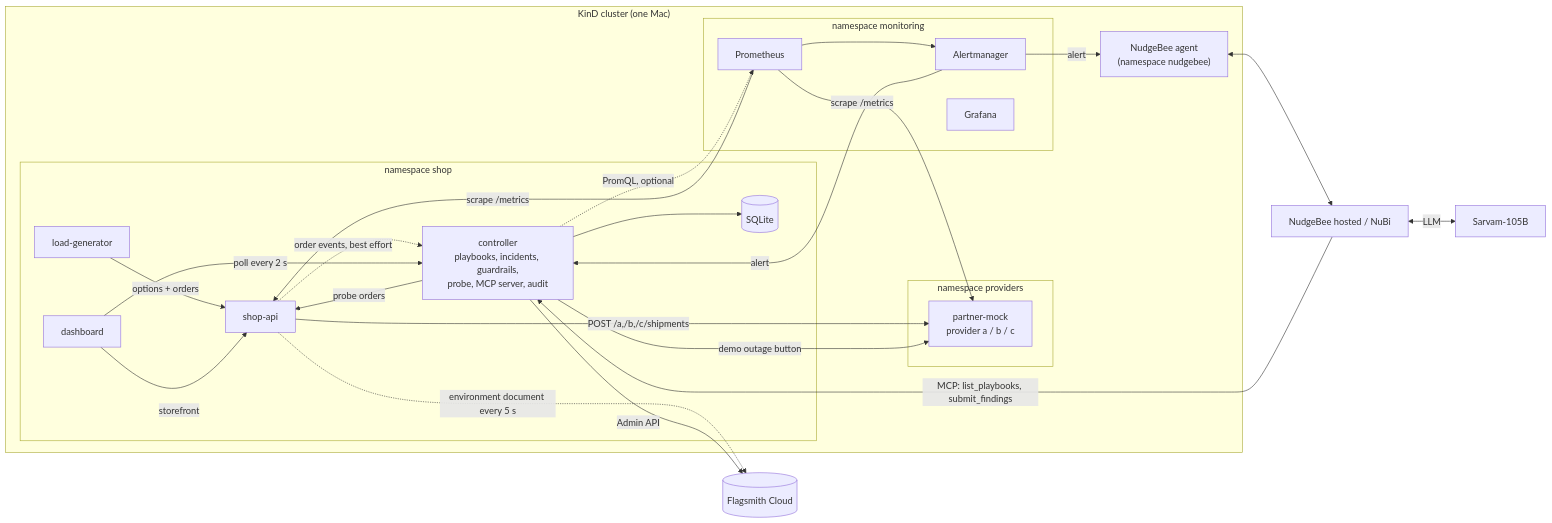
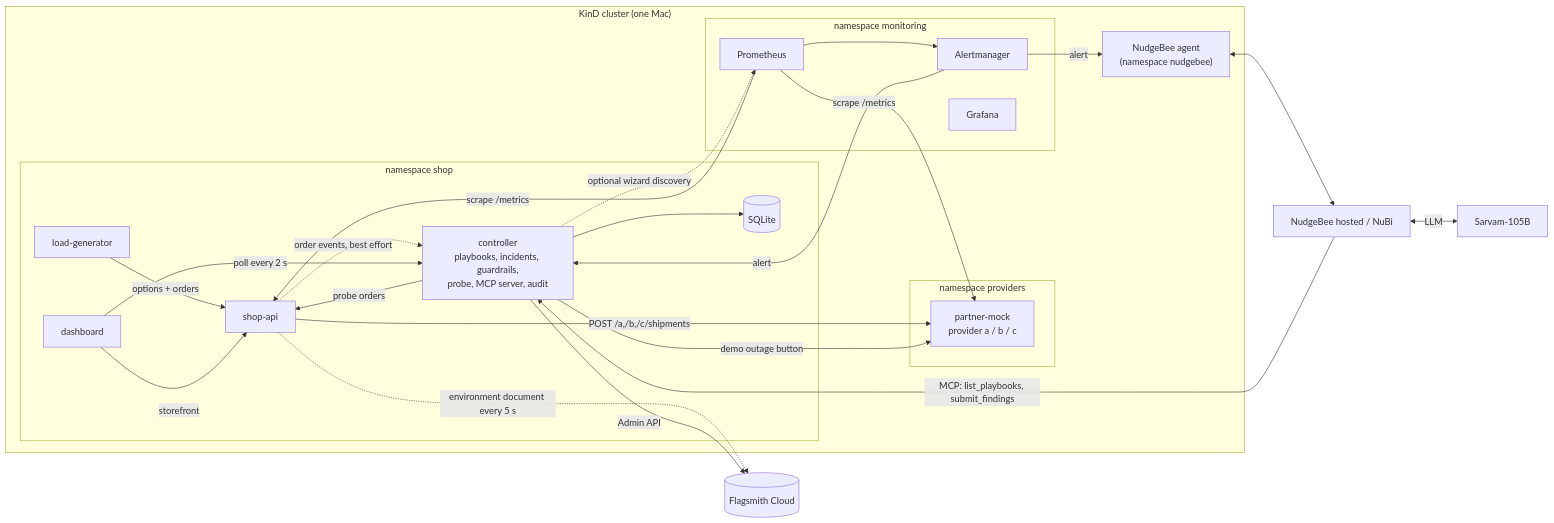
Before and after one commit to NayanVR/fest-ready: the first of 2 diagrams in docs/ARCHITECTURE.md, drawn with Mermaid. The commit also changed other lines of this file, not shown here.

Commit message:
docs: document payment failover and playbook discovery

````diff
--- a/docs/ARCHITECTURE.md
+++ b/docs/ARCHITECTURE.md
@@ -90,44 +89,44 @@
 ```mermaid
 flowchart LR
     subgraph KinD["KinD cluster (one Mac)"]
         subgraph shop["namespace shop"]
             LG[load-generator]
             SHOP[shop-api]
             CTRL["controller<br/>playbooks, incidents, guardrails,<br/>probe, MCP server, audit"]
             DB[(SQLite)]
             DASH[dashboard]
         end
         subgraph providers["namespace providers"]
             PM["partner-mock<br/>provider a / b / c"]
         end
         subgraph monitoring["namespace monitoring"]
             PROM[Prometheus]
             AM[Alertmanager]
             GRAF[Grafana]
         end
         NBA["NudgeBee agent<br/>(namespace nudgebee)"]
     end
     FS[(Flagsmith Cloud)]
     NB[NudgeBee hosted / NuBi]
     SV[Sarvam-105B]
 
     LG -->|options + orders| SHOP
     SHOP -->|POST /a,/b,/c/shipments| PM
     SHOP -. environment document every 5 s .-> FS
     SHOP -. order events, best effort .-> CTRL
     PROM -->|scrape /metrics| SHOP
     PROM -->|scrape /metrics| PM
     PROM --> AM
     AM -->|alert| NBA
     AM -->|alert| CTRL
     NBA <--> NB
     NB <-->|LLM| SV
     NB -->|MCP: list_playbooks, submit_findings| CTRL
     CTRL --> DB
     CTRL -->|Admin API| FS
     CTRL -->|probe orders| SHOP
     CTRL -->|demo outage button| PM
-    CTRL -. PromQL, optional .-> PROM
+    CTRL -. optional wizard discovery .-> PROM
     DASH -->|poll every 2 s| CTRL
     DASH -->|storefront| SHOP
 ```
````
